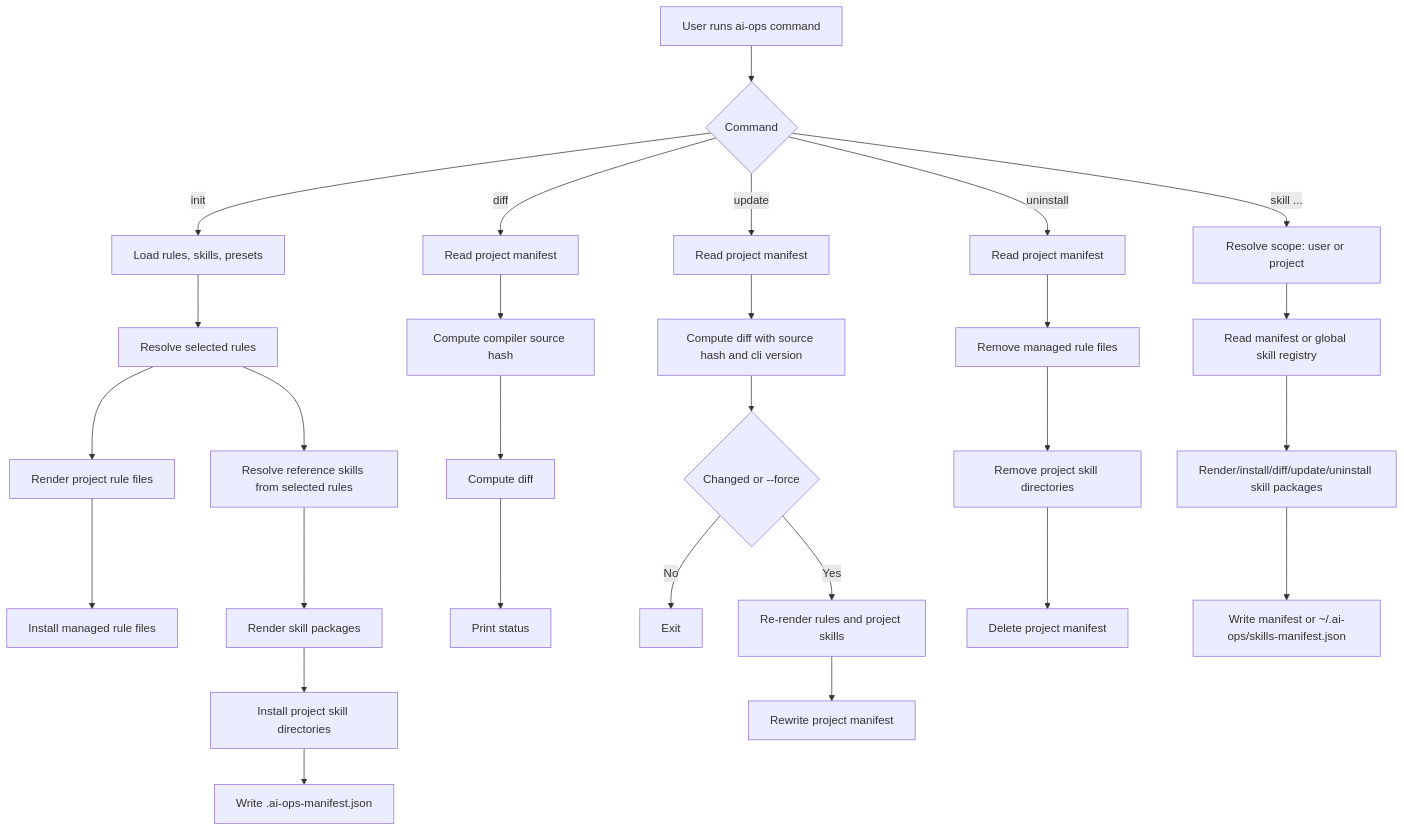
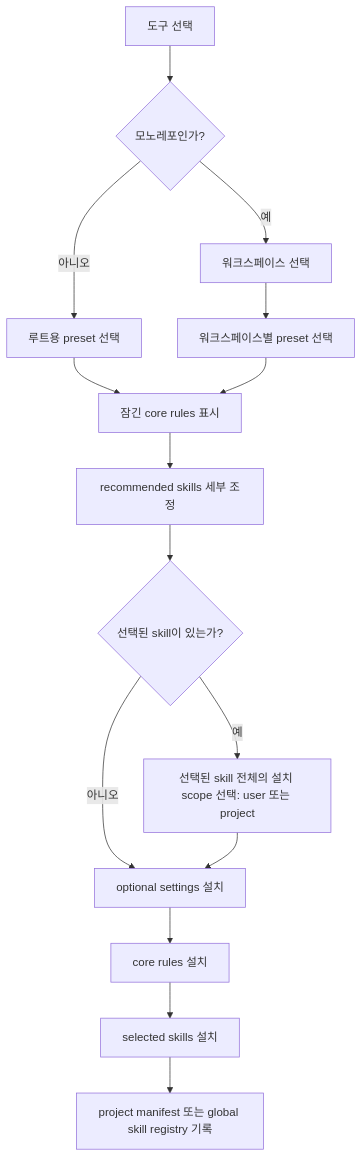
Before and after one commit to MincheolC/ai-ops-cli: the diagram in docs/plan.md, drawn with Mermaid. The commit also changed other lines of this file and 75 other files, not shown here.

Commit message:
refactor(cli)!: split core rules from installable skills

````diff
--- a/docs/plan.md
+++ b/docs/plan.md
@@ -43,35 +141,17 @@
 ```mermaid
 flowchart TD
-  A[User runs ai-ops command] --> B{Command}
-
-  B -->|init| C[Load rules, skills, presets]
-  C --> D[Resolve selected rules]
-  D --> E[Render project rule files]
-  E --> F[Install managed rule files]
-  D --> G[Resolve reference skills from selected rules]
-  G --> H[Render skill packages]
-  H --> I[Install project skill directories]
-  I --> J[Write .ai-ops-manifest.json]
-
-  B -->|diff| K[Read project manifest]
-  K --> L[Compute compiler source hash]
-  L --> M[Compute diff]
-  M --> N[Print status]
-
-  B -->|update| O[Read project manifest]
-  O --> P[Compute diff with source hash and cli version]
-  P --> Q{Changed or --force}
-  Q -->|No| R[Exit]
-  Q -->|Yes| S[Re-render rules and project skills]
-  S --> T[Rewrite project manifest]
-
-  B -->|uninstall| U[Read project manifest]
-  U --> V[Remove managed rule files]
-  V --> W[Remove project skill directories]
-  W --> X[Delete project manifest]
-
-  B -->|skill ...| Y[Resolve scope: user or project]
-  Y --> Z[Read manifest or global skill registry]
-  Z --> AA[Render/install/diff/update/uninstall skill packages]
-  AA --> AB[Write manifest or ~/.ai-ops/skills-manifest.json]
+  A[도구 선택] --> B{모노레포인가?}
+  B -->|아니오| C[루트용 preset 선택]
+  B -->|예| D[워크스페이스 선택]
+  D --> E[워크스페이스별 preset 선택]
+  C --> F[잠긴 core rules 표시]
+  E --> F
+  F --> G[recommended skills 세부 조정]
+  G --> H{선택된 skill이 있는가?}
+  H -->|예| I[선택된 skill 전체의 설치 scope 선택: user 또는 project]
+  H -->|아니오| J[optional settings 설치]
+  I --> J
+  J --> K[core rules 설치]
+  K --> L[selected skills 설치]
+  L --> M[project manifest 또는 global skill registry 기록]
 ```
````
